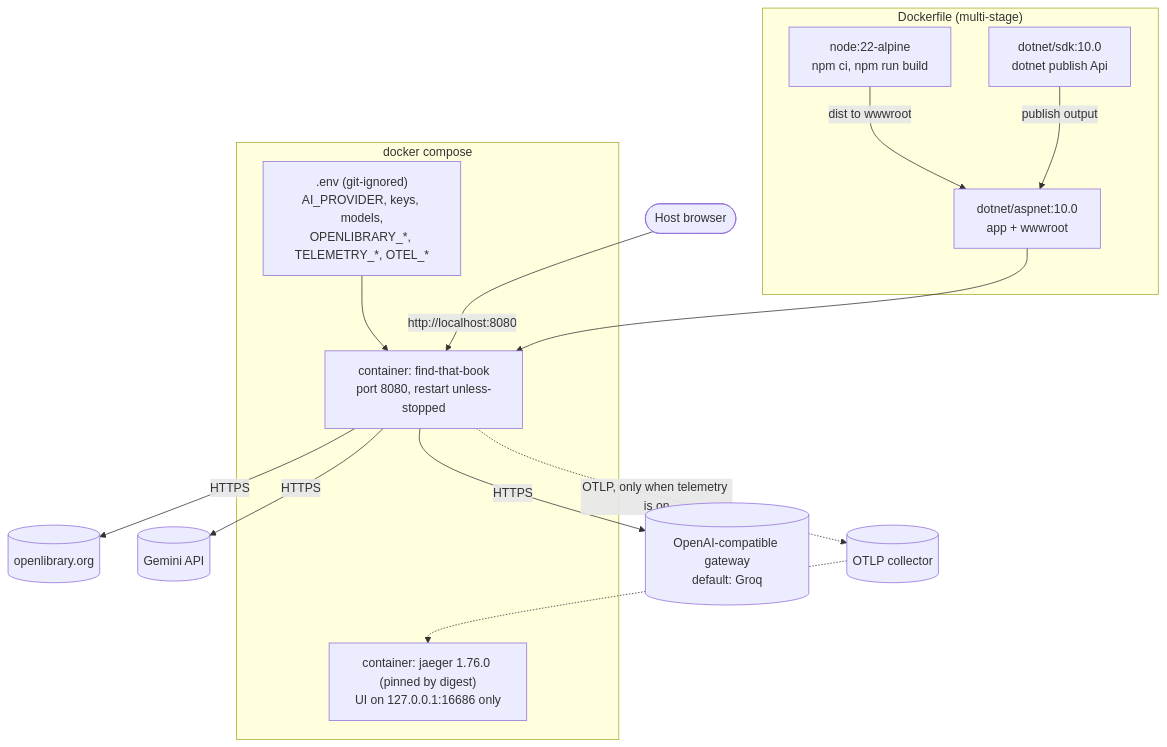
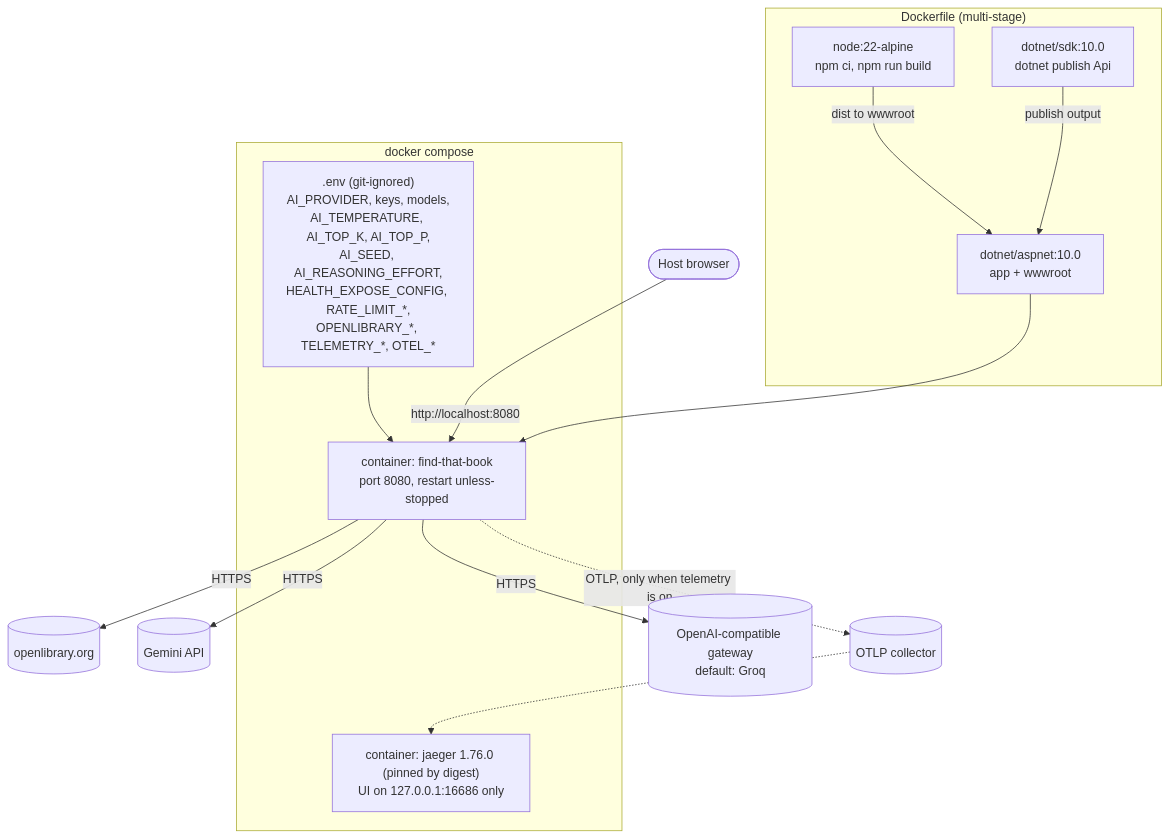
One commit to juan-alvarez-at-trip-arc/find-that-book changed the first of 2 diagrams in docs/architecture/05-infrastructure.md. Above: the diagram before and after it, drawn with Mermaid. The commit also changed 7 other files, not shown here.

````diff
--- a/docs/architecture/05-infrastructure.md
+++ b/docs/architecture/05-infrastructure.md
@@ -5,25 +5,25 @@
 ```mermaid
 flowchart TB
     subgraph build["Dockerfile (multi-stage)"]
         s1["node:22-alpine<br/>npm ci, npm run build"]
         s2["dotnet/sdk:10.0<br/>dotnet publish Api"]
         s3["dotnet/aspnet:10.0<br/>app + wwwroot"]
         s1 -- "dist to wwwroot" --> s3
         s2 -- "publish output" --> s3
     end
 
     subgraph compose["docker compose"]
-        env[".env (git-ignored)<br/>AI_PROVIDER, keys, models,<br/>OPENLIBRARY_*, TELEMETRY_*, OTEL_*"]
+        env[".env (git-ignored)<br/>AI_PROVIDER, keys, models,<br/>AI_TEMPERATURE, AI_TOP_K, AI_TOP_P,<br/>AI_SEED, AI_REASONING_EFFORT,<br/>HEALTH_EXPOSE_CONFIG, RATE_LIMIT_*,<br/>OPENLIBRARY_*, TELEMETRY_*, OTEL_*"]
         ctr["container: find-that-book<br/>port 8080, restart unless-stopped"]
         jg["container: jaeger 1.76.0 (pinned by digest)<br/>UI on 127.0.0.1:16686 only"]
         env --> ctr
     end
 
     s3 --> ctr
     ctr -- "HTTPS" --> ol[(openlibrary.org)]
     ctr -- "HTTPS" --> gem[(Gemini API)]
     ctr -- "HTTPS" --> oai[("OpenAI-compatible gateway<br/>default: Groq")]
     ctr -. "OTLP, only when telemetry is on" .-> otlp[(OTLP collector)]
     otlp -.-> jg
     host([Host browser]) -- "http://localhost:8080" --> ctr
 ```
````
